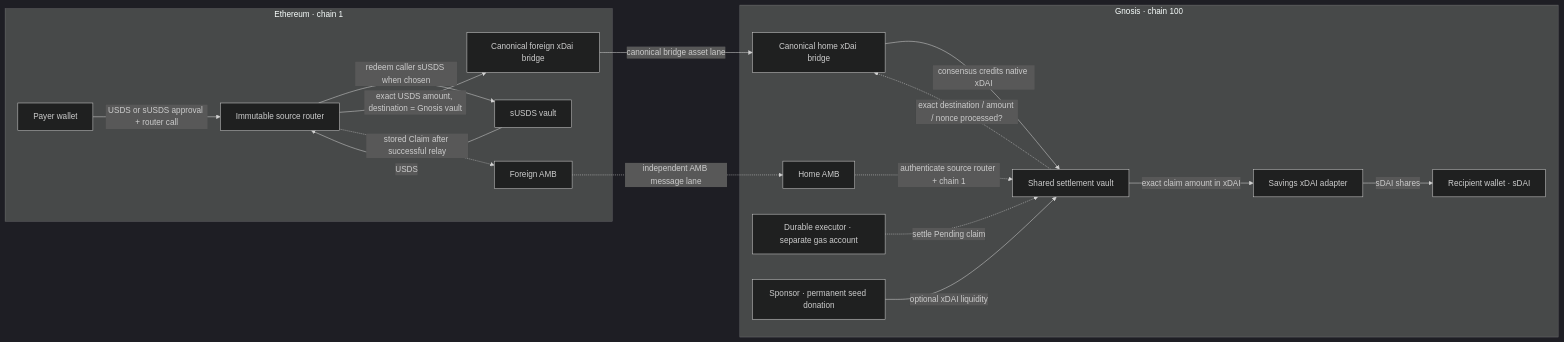
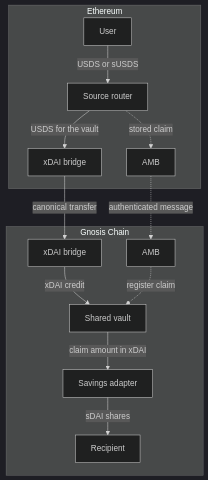
Before and after one commit to nocaeth/deterministic-bridger: the first of 2 diagrams in docs/AMB_VAULT_ARCHITECTURE.md, drawn with Mermaid (dark theme). The commit also changed other lines of this file and 1 other file, not shown here.

Commit message:
Simplify AMB vault documentation and diagrams

````diff
--- a/docs/AMB_VAULT_ARCHITECTURE.md
+++ b/docs/AMB_VAULT_ARCHITECTURE.md
@@ -16,33 +20,27 @@
 ```mermaid
-flowchart LR
-  subgraph ETH["Ethereum · chain 1"]
-    U["Payer wallet"]
-    S["sUSDS vault"]
-    R["Immutable source router"]
-    F["Canonical foreign xDai bridge"]
-    FA["Foreign AMB"]
-    U -->|"USDS or sUSDS approval + router call"| R
-    R -->|"redeem caller sUSDS when chosen"| S
-    S -->|"USDS"| R
-    R -->|"exact USDS amount, destination = Gnosis vault"| F
-    R -.->|"stored Claim after successful relay"| FA
+flowchart TB
+  subgraph Ethereum["Ethereum"]
+    User["User"]
+    Router["Source router"]
+    SourceBridge["xDAI bridge"]
+    SourceAMB["AMB"]
+    User -->|"USDS or sUSDS"| Router
+    Router -->|"USDS for the vault"| SourceBridge
+    Router -.->|"stored claim"| SourceAMB
   end
-  subgraph GNO["Gnosis · chain 100"]
-    H["Canonical home xDai bridge"]
-    HA["Home AMB"]
-    V["Shared settlement vault"]
-    A["Savings xDAI adapter"]
-    B["Recipient wallet · sDAI"]
-    K["Durable executor · separate gas account"]
-    P["Sponsor · permanent seed donation"]
-    H -->|"consensus credits native xDAI"| V
-    HA -.->|"authenticate source router + chain 1"| V
-    V -.->|"exact destination / amount / nonce processed?"| H
-    K -.->|"settle Pending claim"| V
-    P -->|"optional xDAI liquidity"| V
-    V -->|"exact claim amount in xDAI"| A
-    A -->|"sDAI shares"| B
+
+  subgraph Gnosis["Gnosis Chain"]
+    HomeBridge["xDAI bridge"]
+    HomeAMB["AMB"]
+    Vault["Shared vault"]
+    Adapter["Savings adapter"]
+    Recipient["Recipient"]
+    HomeBridge -->|"xDAI credit"| Vault
+    HomeAMB -.->|"register claim"| Vault
+    Vault -->|"claim amount in xDAI"| Adapter
+    Adapter -->|"sDAI shares"| Recipient
   end
-  F -->|"canonical bridge asset lane"| H
-  FA -.->|"independent AMB message lane"| HA
+
+  SourceBridge -->|"canonical transfer"| HomeBridge
+  SourceAMB -.->|"authenticated message"| HomeAMB
 ```
````
